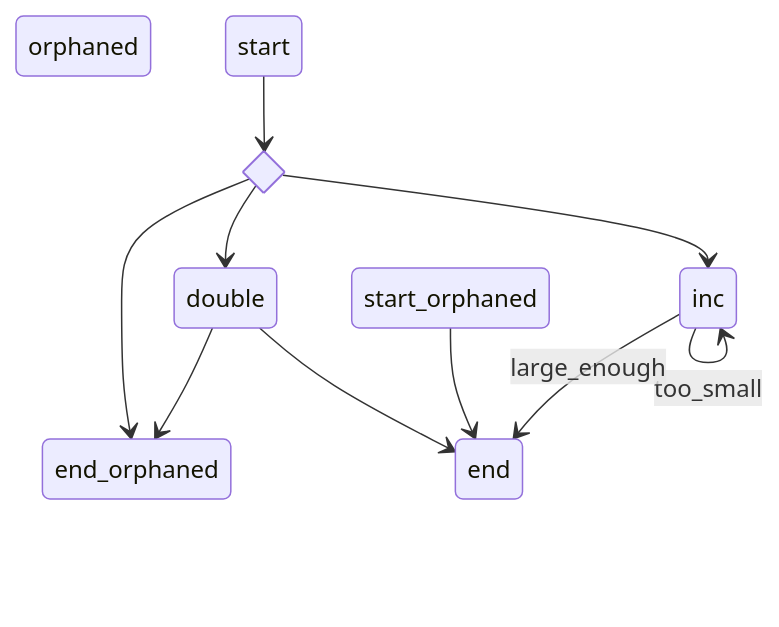
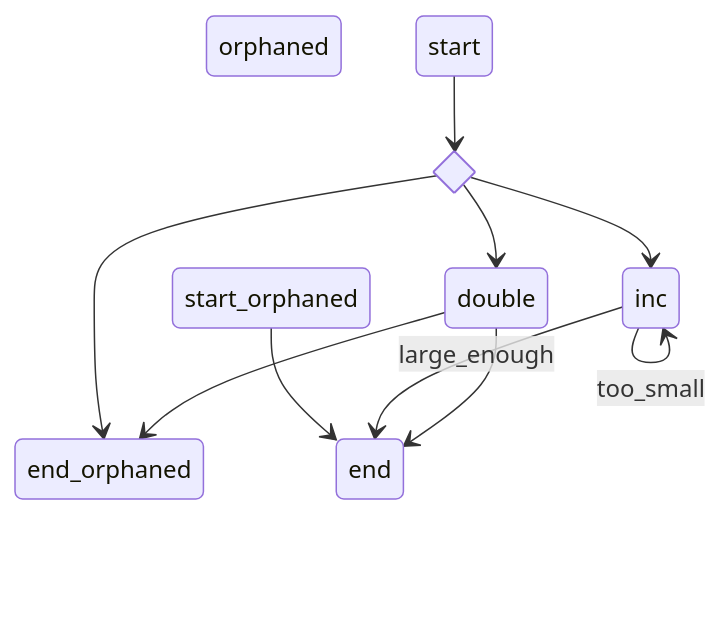
One commit to nquangtrung/agentgo changed the diagram in graph/graph_visualize_test_complex_map_with_no_interrupt.md. Above: the diagram before and after it, drawn with Mermaid. The commit also changed other lines of this file and 10 other files, not shown here.

````diff
--- a/graph/graph_visualize_test_complex_map_with_no_interrupt.md
+++ b/graph/graph_visualize_test_complex_map_with_no_interrupt.md
@@ -1,21 +1,21 @@
 ```mermaid
 stateDiagram-v2
-    state "inc" as inc
-    state "double" as double
     state "end_orphaned" as end_orphaned
     state "orphaned" as orphaned
     state "start_orphaned" as start_orphaned
     state "start" as start
     state "end" as end
+    state "inc" as inc
+    state "double" as double
     state router_start <<choice>>
+    start_orphaned --> end : 
+    inc --> inc : too_small
+    inc --> end : large_enough
     start --> router_start : 
     router_start --> inc : 
     router_start --> double : 
     router_start --> end_orphaned : 
     double --> end_orphaned : 
     double --> end : 
-    start_orphaned --> end : 
-    inc --> inc : too_small
-    inc --> end : large_enough
 
 ```
````
